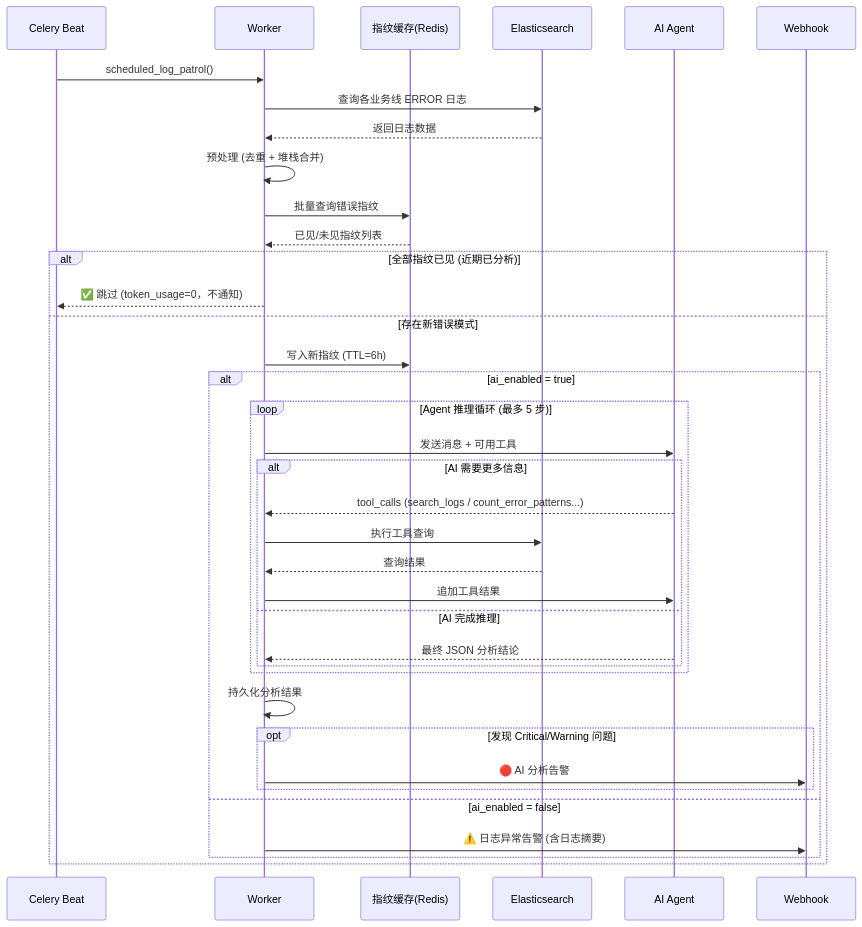
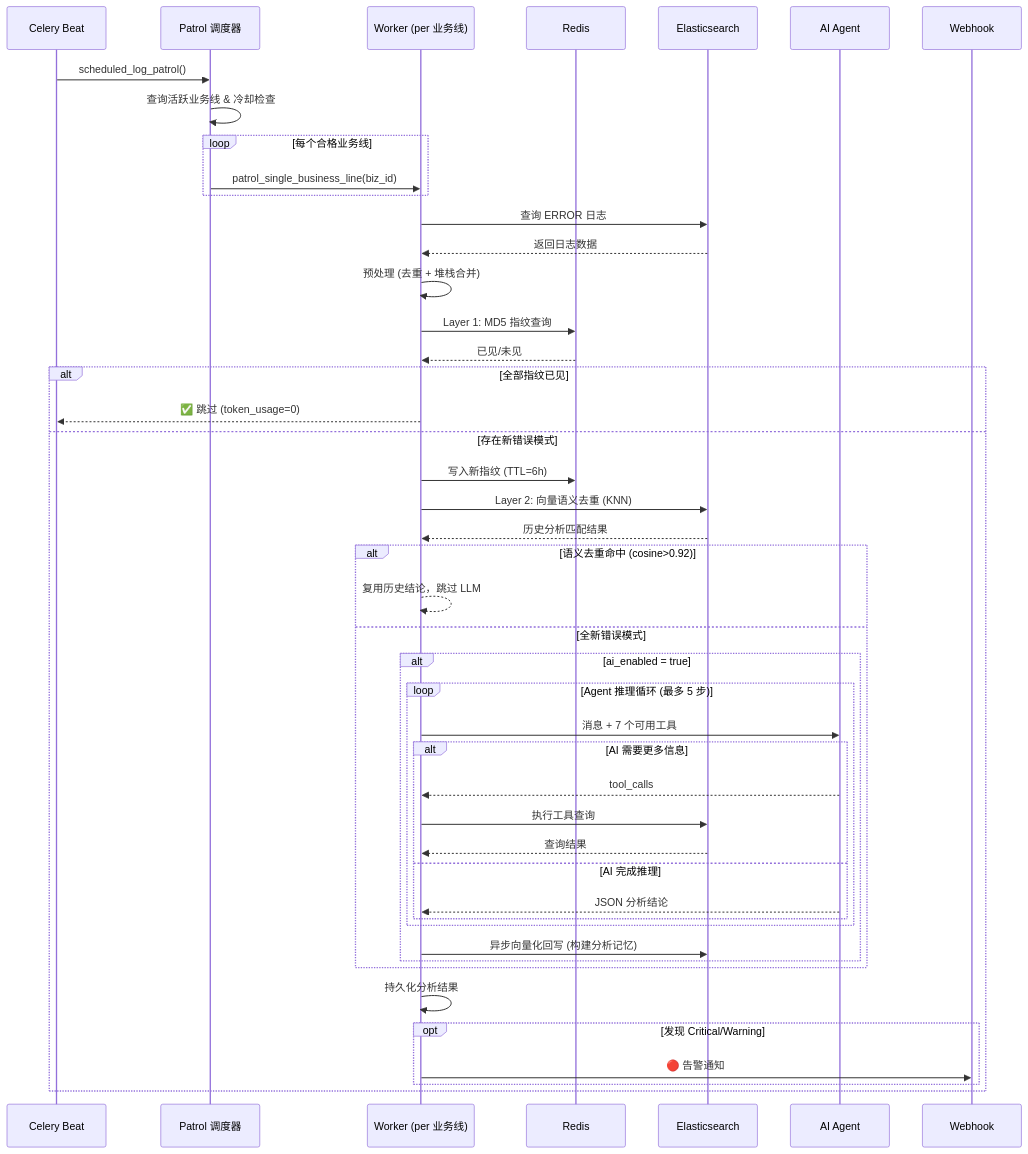
One commit to leeeway/LogMind changed the second of 2 diagrams in README.md. Above: the diagram before and after it, drawn with Mermaid. The commit also changed other lines of this file and 5 other files, not shown here.

````diff
--- a/README.md
+++ b/README.md
@@ -134,45 +177,56 @@
 ```mermaid
 sequenceDiagram
     participant Beat as Celery Beat
-    participant Worker as Worker
-    participant FP as 指纹缓存(Redis)
+    participant Dispatcher as Patrol 调度器
+    participant Worker as Worker (per 业务线)
+    participant Redis as Redis
     participant ES as Elasticsearch
     participant LLM as AI Agent
     participant WH as Webhook
 
-    Beat->>Worker: scheduled_log_patrol()
+    Beat->>Dispatcher: scheduled_log_patrol()
+    Dispatcher->>Dispatcher: 查询活跃业务线 & 冷却检查
+    loop 每个合格业务线
+        Dispatcher->>Worker: patrol_single_business_line(biz_id)
+    end
 
-    Worker->>ES: 查询各业务线 ERROR 日志
+    Worker->>ES: 查询 ERROR 日志
     ES-->>Worker: 返回日志数据
 
     Worker->>Worker: 预处理 (去重 + 堆栈合并)
 
-    Worker->>FP: 批量查询错误指纹
-    FP-->>Worker: 已见/未见指纹列表
+    Worker->>Redis: Layer 1: MD5 指纹查询
+    Redis-->>Worker: 已见/未见
 
-    alt 全部指纹已见 (近期已分析)
-        Worker-->>Beat: ✅ 跳过 (token_usage=0，不通知)
+    alt 全部指纹已见
+        Worker-->>Beat: ✅ 跳过 (token_usage=0)
     else 存在新错误模式
-        Worker->>FP: 写入新指纹 (TTL=6h)
+        Worker->>Redis: 写入新指纹 (TTL=6h)
 
-        alt ai_enabled = true
-            loop Agent 推理循环 (最多 5 步)
-                Worker->>LLM: 发送消息 + 可用工具
-                alt AI 需要更多信息
-                    LLM-->>Worker: tool_calls (search_logs / count_error_patterns...)
-                    Worker->>ES: 执行工具查询
-                    ES-->>Worker: 查询结果
-                    Worker->>LLM: 追加工具结果
-                else AI 完成推理
-                    LLM-->>Worker: 最终 JSON 分析结论
+        Worker->>ES: Layer 2: 向量语义去重 (KNN)
+        ES-->>Worker: 历史分析匹配结果
+
+        alt 语义去重命中 (cosine>0.92)
+            Worker-->>Worker: 复用历史结论，跳过 LLM
+        else 全新错误模式
+            alt ai_enabled = true
+                loop Agent 推理循环 (最多 5 步)
+                    Worker->>LLM: 消息 + 7 个可用工具
+                    alt AI 需要更多信息
+                        LLM-->>Worker: tool_calls
+                        Worker->>ES: 执行工具查询
+                        ES-->>Worker: 查询结果
+                    else AI 完成推理
+                        LLM-->>Worker: JSON 分析结论
+                    end
                 end
+                Worker->>ES: 异步向量化回写 (构建分析记忆)
             end
-            Worker->>Worker: 持久化分析结果
-            opt 发现 Critical/Warning 问题
-                Worker->>WH: 🔴 AI 分析告警
-            end
-        else ai_enabled = false
-            Worker->>WH: ⚠️ 日志异常告警 (含日志摘要)
+        end
+
+        Worker->>Worker: 持久化分析结果
+        opt 发现 Critical/Warning
+            Worker->>WH: 🔴 告警通知
         end
     end
 ```
````
